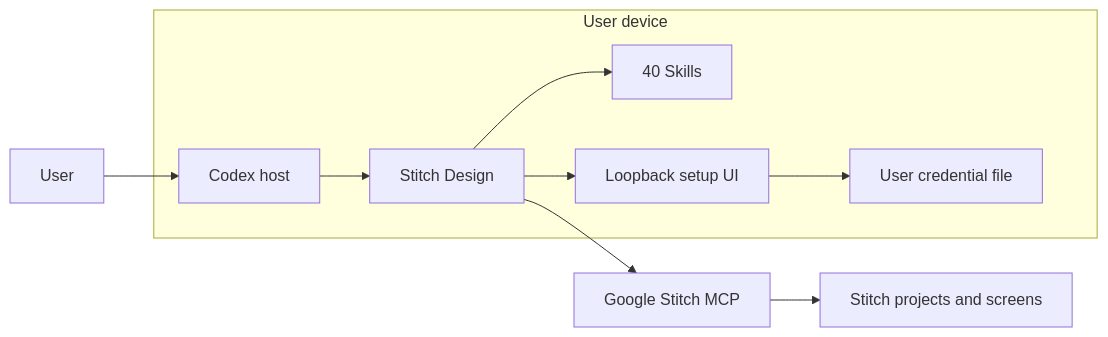
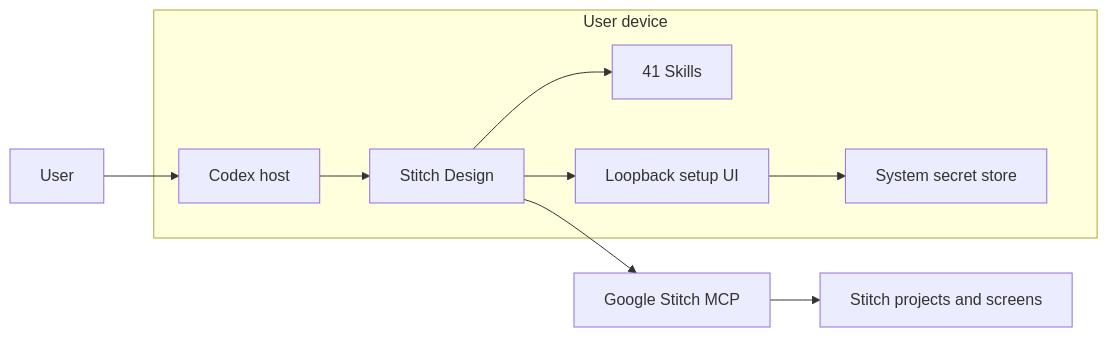
The second of 11 diagrams in docs/Stitch-Design-Architecture.md (full-stack-plugins/stitch-design-plugin), drawn with Mermaid before and after one commit. The commit also changed other lines of this file and 9 other files, not shown here.

````diff
--- a/docs/Stitch-Design-Architecture.md
+++ b/docs/Stitch-Design-Architecture.md
@@ -40,17 +41,17 @@
 ```mermaid
 flowchart LR
     User["User"] --> Codex["Codex host"]
     Codex --> Plugin["Stitch Design"]
-    Plugin --> Skills["40 Skills"]
+    Plugin --> Skills["41 Skills"]
     Plugin --> Setup["Loopback setup UI"]
     Plugin --> MCP["Google Stitch MCP"]
-    Setup --> Config["User credential file"]
+    Setup --> Config["System secret store"]
     MCP --> Stitch["Stitch projects and screens"]
     subgraph Local["User device"]
       Codex
       Plugin
       Skills
       Setup
       Config
     end
 ```
````
